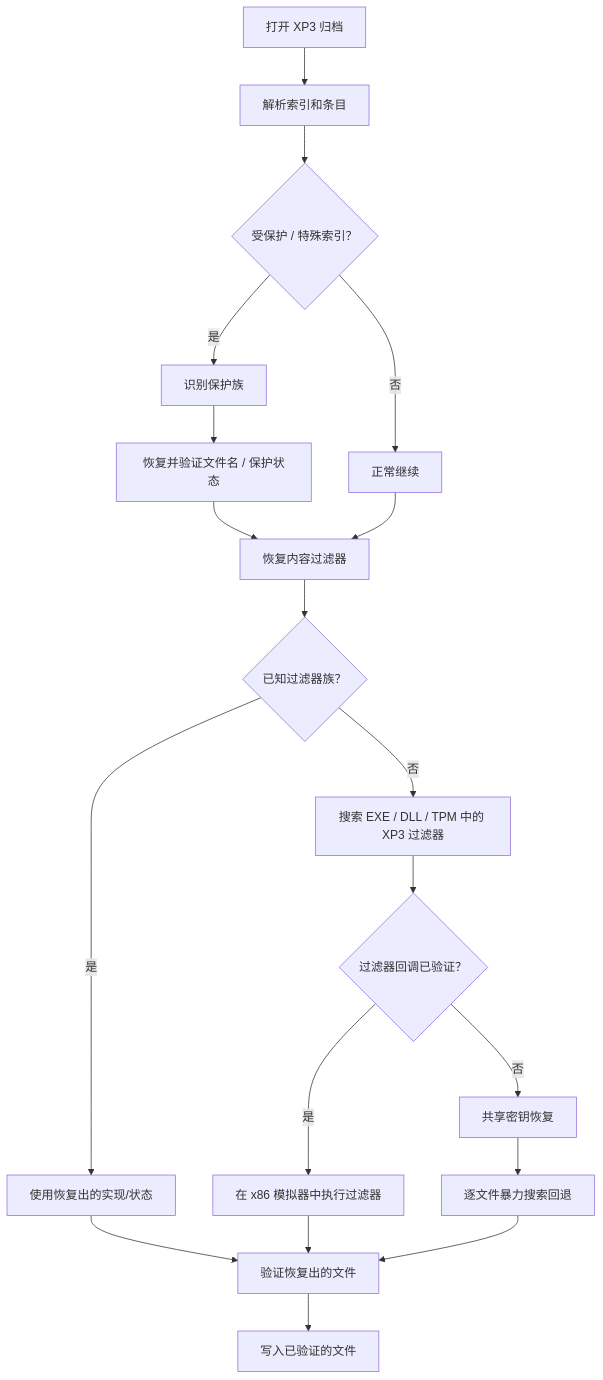
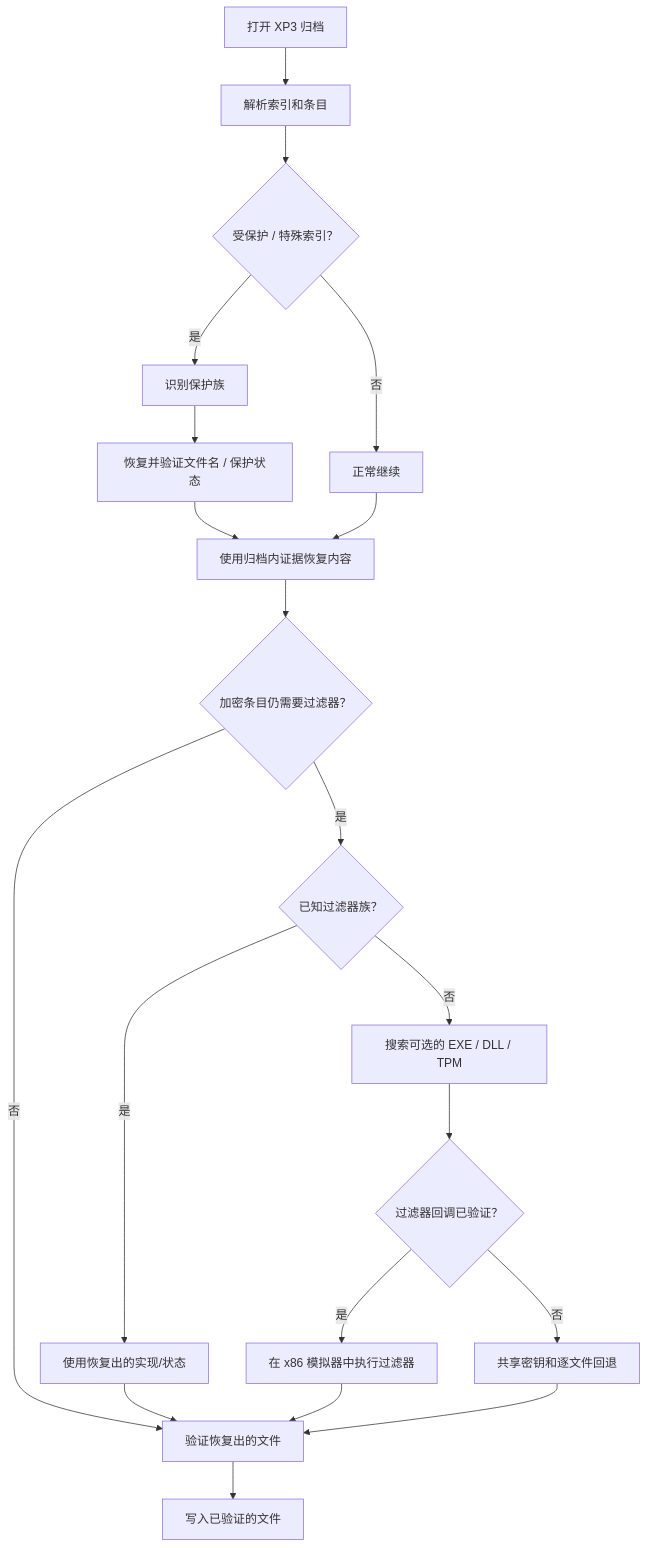
Before and after one commit to Waroku06/xp3-brute: the first of 3 diagrams in README.zh-CN.md, drawn with Mermaid. The commit also changed other lines of this file and 3 other files, not shown here.

````diff
--- a/README.zh-CN.md
+++ b/README.zh-CN.md
@@ -189,21 +191,22 @@
 ```mermaid
 flowchart TD
     A[打开 XP3 归档] --> B[解析索引和条目]
     B --> C{受保护 / 特殊索引？}
     C -- 是 --> D[识别保护族]
     D --> E[恢复并验证文件名 / 保护状态]
     C -- 否 --> F[正常继续]
-    E --> G[恢复内容过滤器]
+    E --> G[使用归档内证据恢复内容]
     F --> G
-    G --> H{已知过滤器族？}
-    H -- 是 --> I[使用恢复出的实现/状态]
-    H -- 否 --> J[搜索 EXE / DLL / TPM 中的 XP3 过滤器]
-    J --> K{过滤器回调已验证？}
-    K -- 是 --> L[在 x86 模拟器中执行过滤器]
-    K -- 否 --> M[共享密钥恢复]
-    M --> N[逐文件暴力搜索回退]
-    I --> O[验证恢复出的文件]
-    L --> O
+    G --> H{加密条目仍需要过滤器？}
+    H -- 否 --> O[验证恢复出的文件]
+    H -- 是 --> I{已知过滤器族？}
+    I -- 是 --> J[使用恢复出的实现/状态]
+    I -- 否 --> K[搜索可选的 EXE / DLL / TPM]
+    K --> L{过滤器回调已验证？}
+    L -- 是 --> M[在 x86 模拟器中执行过滤器]
+    L -- 否 --> N[共享密钥和逐文件回退]
+    J --> O
+    M --> O
     N --> O
     O --> P[写入已验证的文件]
 ```
````
